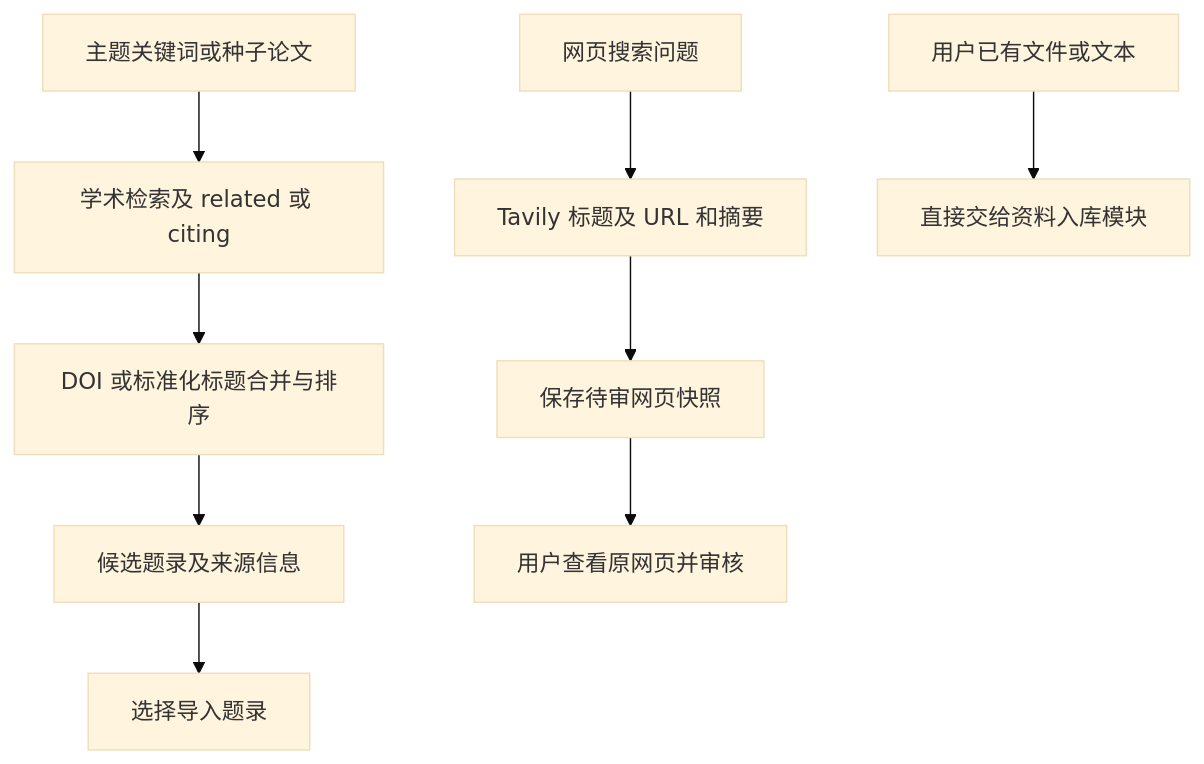
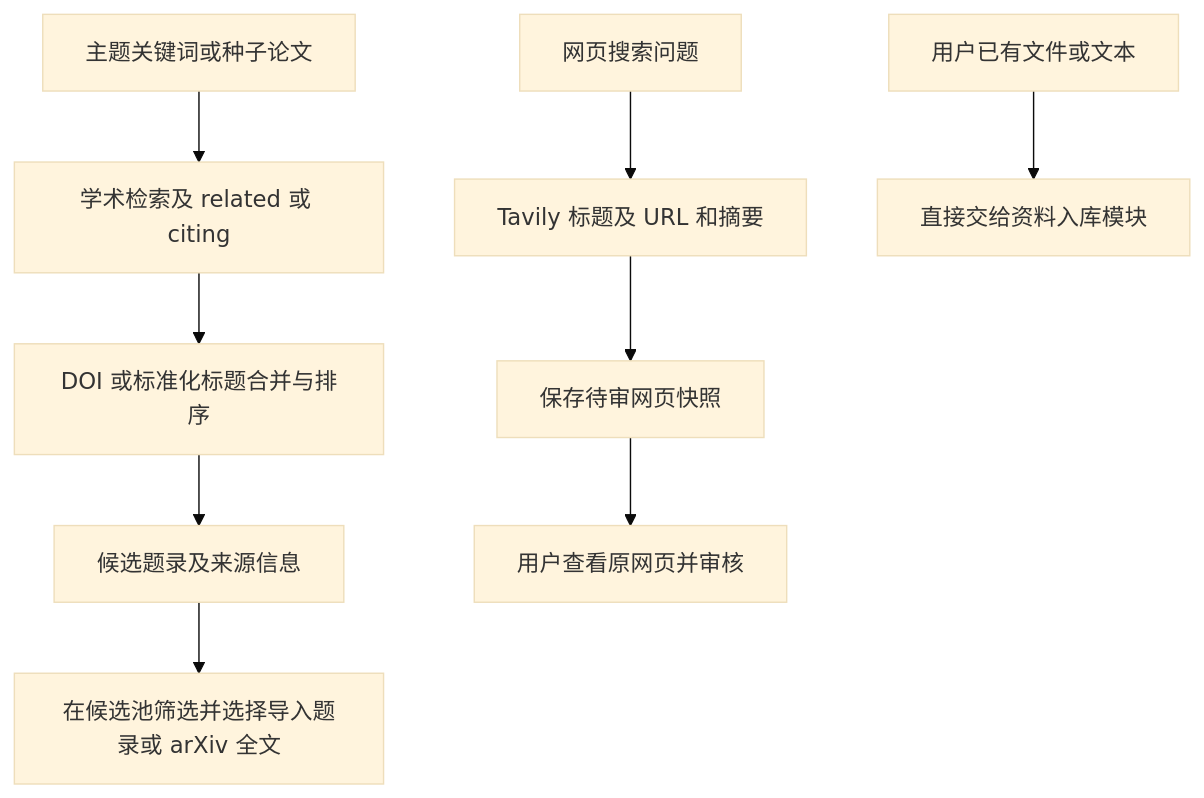
One commit to kingjone0/litprism changed the diagram in docs/modules/01-来源发现与候选.md. Above: the diagram before and after it, drawn with Mermaid (base theme). The commit also changed other lines of this file and 48 other files, not shown here.

````diff
--- a/docs/modules/01-来源发现与候选.md
+++ b/docs/modules/01-来源发现与候选.md
@@ -25,11 +25,11 @@
 ```mermaid
 flowchart TD
     Q[主题关键词或种子论文] --> A[学术检索及 related 或 citing]
     A --> D[DOI 或标准化标题合并与排序]
     D --> P[候选题录及来源信息]
-    P --> I[选择导入题录]
+    P --> I[在候选池筛选并选择导入题录或 arXiv 全文]
     W[网页搜索问题] --> T[Tavily 标题及 URL 和摘要]
     T --> C[保存待审网页快照]
     C --> H[用户查看原网页并审核]
     L[用户已有文件或文本] --> U[直接交给资料入库模块]
 ```
````
